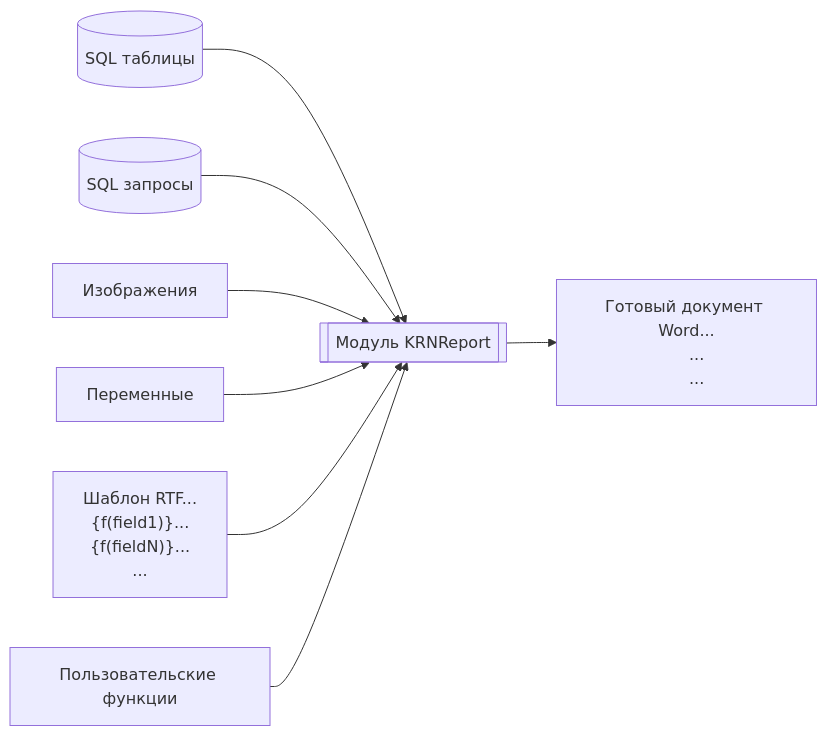
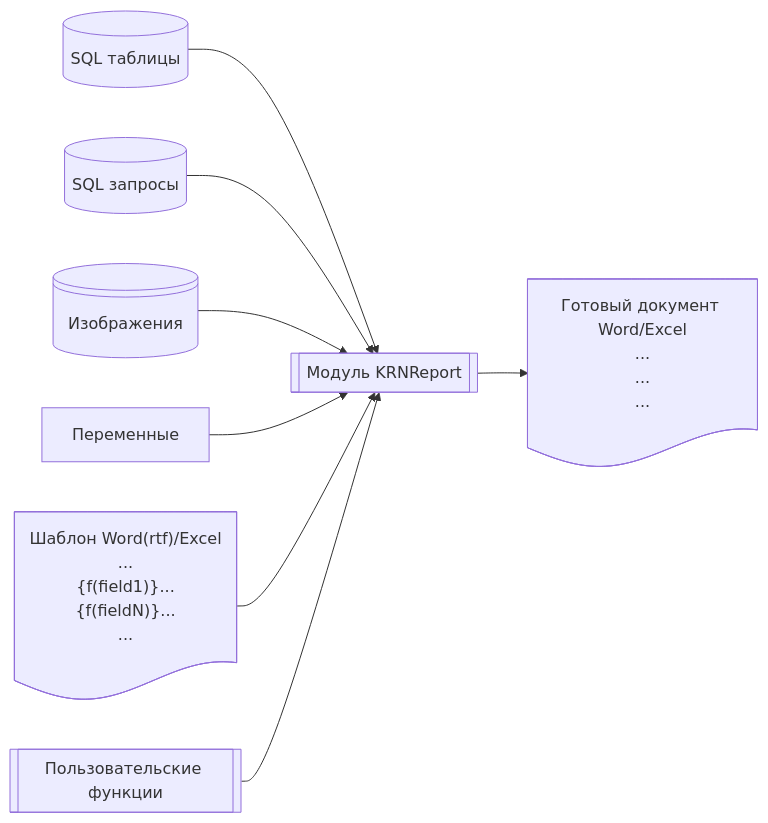
Before and after one commit to VASilaev/rtfreport: the diagram in README.md, drawn with Mermaid. The commit also changed other lines of this file, not shown here.

````diff
--- a/README.md
+++ b/README.md
@@ -17,26 +25,28 @@
 ```mermaid
 %%{init: {"flowchart": {"htmlLabels": false}} }%%
 flowchart LR
     sqltable[("SQL таблицы")]
     sqlquery[("SQL запросы")]
-    image["Изображения"]
+    image@{ shape: lin-cyl, label: "Изображения" }
     variable["Переменные"]
-    RTF["Шаблон RTF...
-    {f(field1)}...
-    {f(fieldN)}...
-    ..."]
+    template@{ shape: doc, label: "Шаблон Word(rtf)/Excel
+...
+{f(field1)}...
+{f(fieldN)}...
+..." }
     KRNReport[["Модуль KRNReport"]]
-    Document["Готовый документ Word...
-    ...
-    ..."]
-    UserProc["Пользовательские функции"]
+    Document@{ shape: doc, label: "Готовый документ Word/Excel
+...
+...
+..." }
+    UserProc[["Пользовательские функции"]]
 
     sqltable --> KRNReport
     sqlquery --> KRNReport
     image --> KRNReport
     variable --> KRNReport
-    RTF --> KRNReport
+    template --> KRNReport
     UserProc --> KRNReport
     KRNReport --> Document
 
 ```
````
